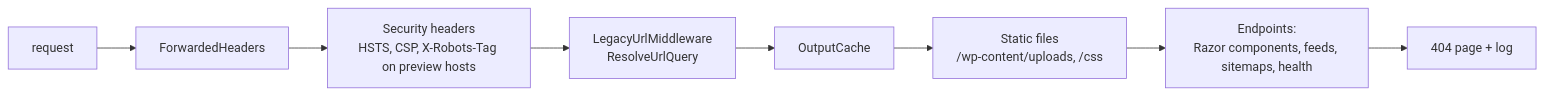
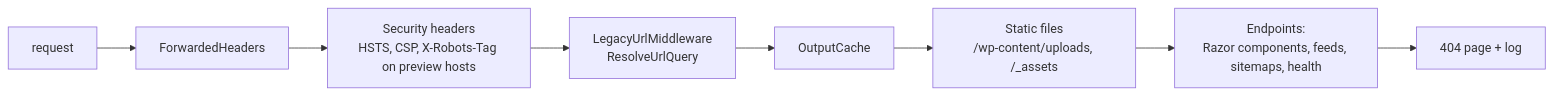
The fifth of 7 diagrams in docs/architecture/README.md (jeffreypalermo-sites/jeffreypalermo.com), drawn with Mermaid before and after one commit. The commit also changed other lines of this file and 50 other files, not shown here.

First line of the commit message:
The WordPress site's look and navigation, as Razor components (ADR-0009)

````diff
--- a/docs/architecture/README.md
+++ b/docs/architecture/README.md
@@ -295,4 +301,4 @@
 ```mermaid
 flowchart LR
-    req[request] --> fh[ForwardedHeaders] --> sec[Security headers<br/>HSTS, CSP, X-Robots-Tag on preview hosts] --> legacy[LegacyUrlMiddleware<br/>ResolveUrlQuery] --> oc[OutputCache] --> sf[Static files<br/>/wp-content/uploads, /css] --> ep[Endpoints:<br/>Razor components, feeds, sitemaps, health] --> nf[404 page + log]
+    req[request] --> fh[ForwardedHeaders] --> sec[Security headers<br/>HSTS, CSP, X-Robots-Tag on preview hosts] --> legacy[LegacyUrlMiddleware<br/>ResolveUrlQuery] --> oc[OutputCache] --> sf[Static files<br/>/wp-content/uploads, /_assets] --> ep[Endpoints:<br/>Razor components, feeds, sitemaps, health] --> nf[404 page + log]
 ```
````
